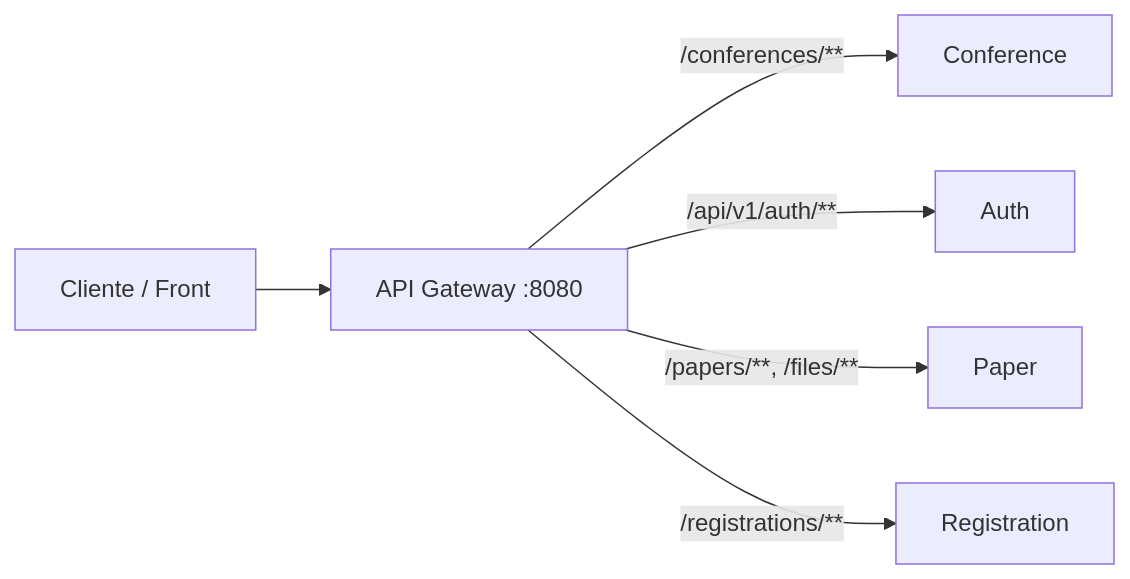
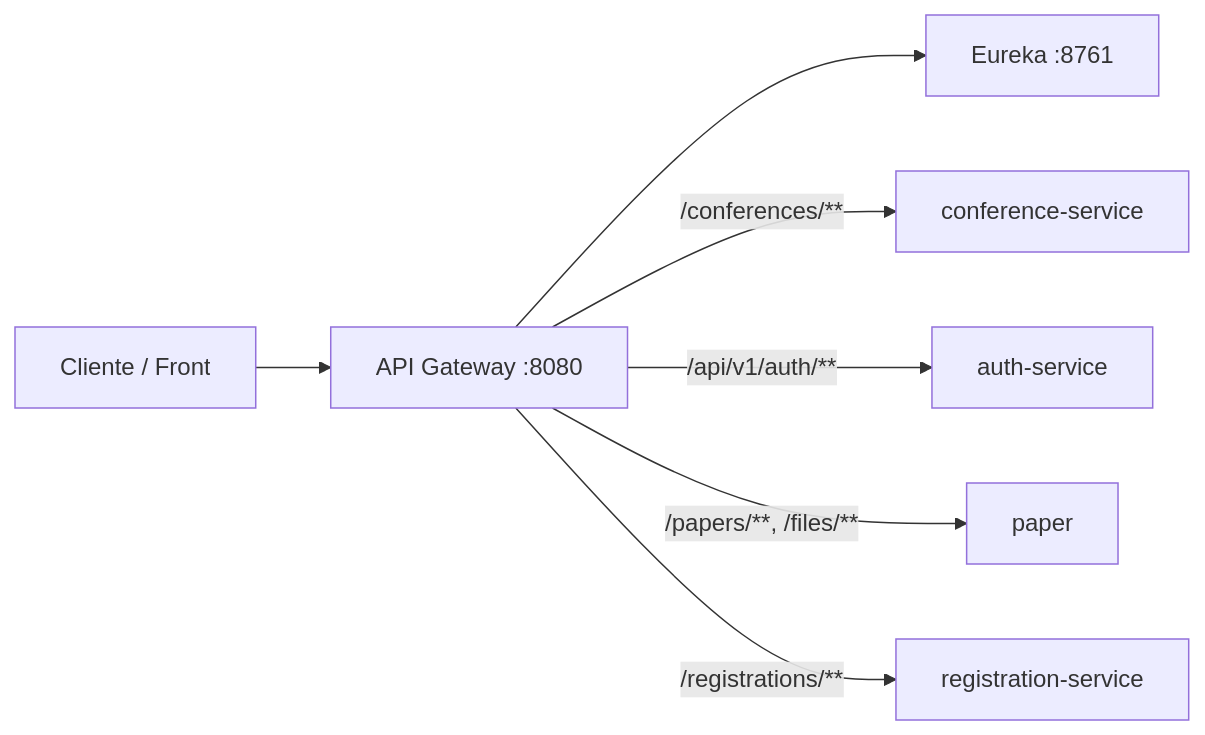
The diagram in README.md (JosuePerez4/Api-gateway-microservicios), drawn with Mermaid before and after one commit. The commit also changed other lines of this file and 3 other files, not shown here.

````diff
--- a/README.md
+++ b/README.md
@@ -44,15 +52,17 @@
 ```mermaid
 flowchart LR
   Cliente["Cliente / Front"]
   GW["API Gateway :8080"]
-  C["Conference"]
-  A["Auth"]
-  P["Paper"]
-  R["Registration"]
+  Eureka["Eureka :8761"]
+  C["conference-service"]
+  A["auth-service"]
+  P["paper"]
+  R["registration-service"]
 
   Cliente --> GW
+  GW --> Eureka
   GW -->|"/conferences/**"| C
   GW -->|"/api/v1/auth/**"| A
   GW -->|"/papers/**, /files/**"| P
   GW -->|"/registrations/**"| R
 ```
````
